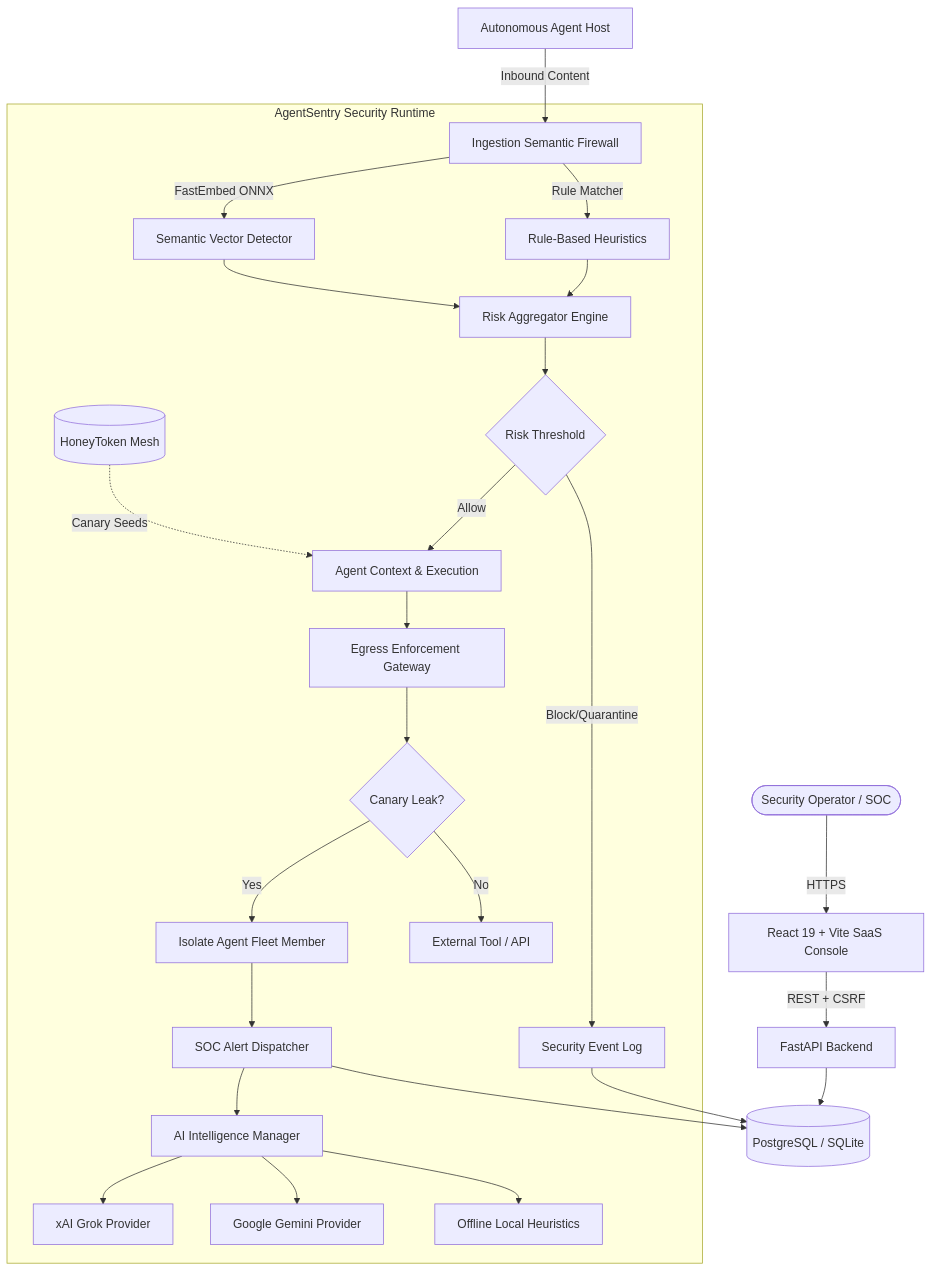
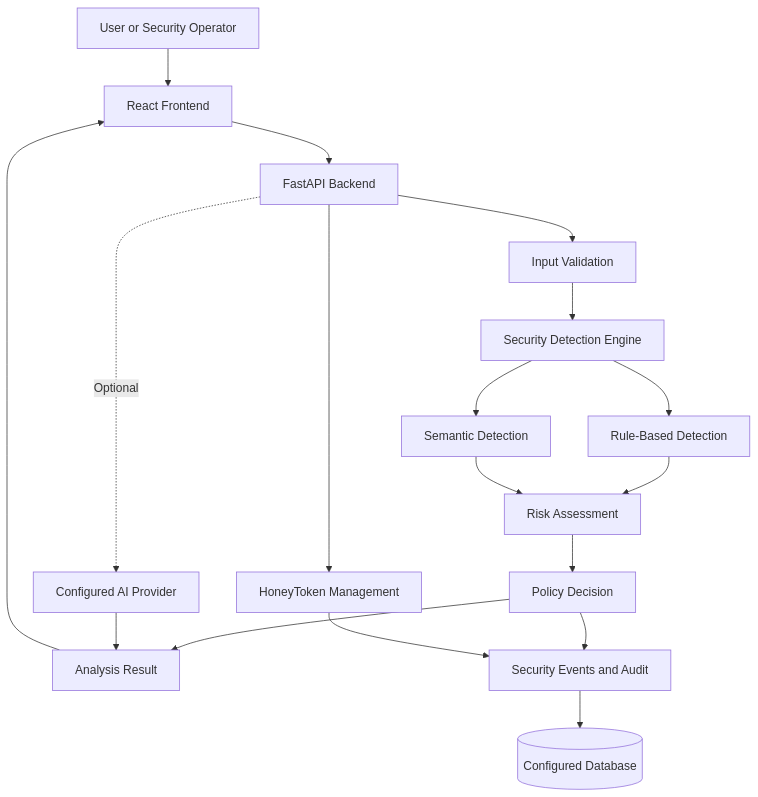
The diagram in README.md (dilipnetawat/AgentSentry), drawn with Mermaid before and after one commit. The commit also changed other lines of this file, not shown here.

````diff
--- a/README.md
+++ b/README.md
@@ -51,34 +183,20 @@
 ```mermaid
-graph TD
-    User([Security Operator / SOC]) -->|HTTPS| Frontend[React 19 + Vite SaaS Console]
-    AgentRunner[Autonomous Agent Host] -->|Inbound Content| Firewall[Ingestion Semantic Firewall]
-    
-    subgraph "AgentSentry Security Runtime"
-        Firewall -->|Rule Matcher| RuleEngine[Rule-Based Heuristics]
-        Firewall -->|FastEmbed ONNX| SemanticEngine[Semantic Vector Detector]
-        RuleEngine --> Aggregator[Risk Aggregator Engine]
-        SemanticEngine --> Aggregator
-
-        Aggregator --> Decision{Risk Threshold}
-        Decision -->|Allow| AgentExecution[Agent Context & Execution]
-        Decision -->|Block/Quarantine| SecEvent[Security Event Log]
-
-        AgentExecution --> EgressGate[Egress Enforcement Gateway]
-        DecoyMesh[(HoneyToken Mesh)] -.->|Canary Seeds| AgentExecution
-
-        EgressGate --> CanaryCheck{Canary Leak?}
-        CanaryCheck -->|Yes| AutoIsolate[Isolate Agent Fleet Member]
-        AutoIsolate --> AlertSystem[SOC Alert Dispatcher]
-        CanaryCheck -->|No| Destination[External Tool / API]
-
-        AlertSystem --> AIOrchestrator[AI Intelligence Manager]
-        AIOrchestrator --> Grok[xAI Grok Provider]
-        AIOrchestrator --> Gemini[Google Gemini Provider]
-        AIOrchestrator --> Local[Offline Local Heuristics]
-    end
-
-    Frontend -->|REST + CSRF| FastAPIServer[FastAPI Backend]
-    FastAPIServer --> Database[(PostgreSQL / SQLite)]
-    SecEvent --> Database
-    AlertSystem --> Database
+flowchart TD
+    U[User or Security Operator] --> FE[React Frontend]
+    FE --> API[FastAPI Backend]
+    API --> VAL[Input Validation]
+    VAL --> DET[Security Detection Engine]
+    DET --> RULE[Rule-Based Detection]
+    DET --> SEM[Semantic Detection]
+    RULE --> RISK[Risk Assessment]
+    SEM --> RISK
+    RISK --> POLICY[Policy Decision]
+    POLICY --> RESULT[Analysis Result]
+    POLICY --> EVENTS[Security Events and Audit]
+    EVENTS --> DB[(Configured Database)]
+    API --> HONEY[HoneyToken Management]
+    HONEY --> EVENTS
+    API -. Optional .-> AI[Configured AI Provider]
+    AI --> RESULT
+    RESULT --> FE
 ```
````
